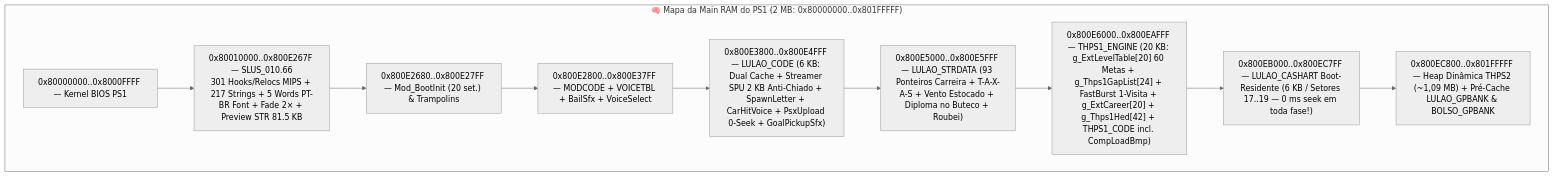
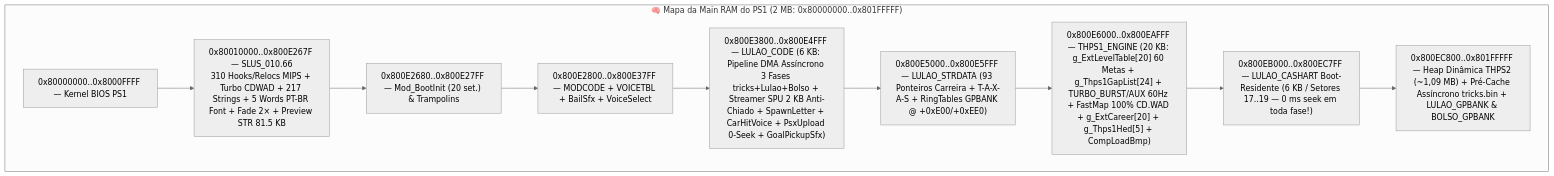
Before and after one commit to WagnerxOliveira/Tony_Hawk-s_Pro_Skater_2_Mod_PSX: the eighth of 8 diagrams in HISTORIA_DO_PROJETO_THPS2_MOD.md, drawn with Mermaid (neutral theme). The commit also changed other lines of this file and 11 other files, not shown here.

Commit message:
feat(perf): aceleracao de transicoes PlaySel->LevelSel (-1.55s) e LevelSel->Gameplay (-3.3s a -4.5s, 0 CdReads pos-X) via CD.WAD in-place, CDWAD_Poll 60Hz, TURBO_BURST, levelsel.pre +s2arrow8/9 e DMA assincrono tricks+Lulao+Bolso + Cap. 17

````diff
--- a/HISTORIA_DO_PROJETO_THPS2_MOD.md
+++ b/HISTORIA_DO_PROJETO_THPS2_MOD.md
@@ -587,15 +701,15 @@
 ```mermaid
 flowchart TB
     subgraph RAM["🧠 Mapa da Main RAM do PS1 (2 MB: 0x80000000..0x801FFFFF)"]
         K["0x80000000..0x8000FFFF — Kernel BIOS PS1"]
-        E["0x80010000..0x800E267F — SLUS_010.66<br/>301 Hooks/Relocs MIPS + 217 Strings + 5 Words PT-BR Font + Fade 2× + Preview STR 81.5 KB"]
+        E["0x80010000..0x800E267F — SLUS_010.66<br/>310 Hooks/Relocs MIPS + Turbo CDWAD + 217 Strings + 5 Words PT-BR Font + Fade 2× + Preview STR 81.5 KB"]
         B["0x800E2680..0x800E27FF — Mod_BootInit (20 set.) & Trampolins"]
         M["0x800E2800..0x800E37FF — MODCODE + VOICETBL + BailSfx + VoiceSelect"]
-        L["0x800E3800..0x800E4FFF — LULAO_CODE (6 KB: Dual Cache + Streamer SPU 2 KB Anti-Chiado + SpawnLetter + CarHitVoice + PsxUpload 0-Seek + GoalPickupSfx)"]
-        S["0x800E5000..0x800E5FFF — LULAO_STRDATA (93 Ponteiros Carreira + T-A-X-A-S + Vento Estocado + Diploma no Buteco + Roubei)"]
-        T["0x800E6000..0x800EAFFF — THPS1_ENGINE (20 KB: g_ExtLevelTable[20] 60 Metas + g_Thps1GapList[24] + FastBurst 1-Visita + g_ExtCareer[20] + g_Thps1Hed[42] + THPS1_CODE incl. CompLoadBmp)"]
+        L["0x800E3800..0x800E4FFF — LULAO_CODE (6 KB: Pipeline DMA Assíncrono 3 Fases tricks+Lulao+Bolso + Streamer SPU 2 KB Anti-Chiado + SpawnLetter + CarHitVoice + PsxUpload 0-Seek + GoalPickupSfx)"]
+        S["0x800E5000..0x800E5FFF — LULAO_STRDATA (93 Ponteiros Carreira + T-A-X-A-S + RingTables GPBANK @ +0xE00/+0xEE0)"]
+        T["0x800E6000..0x800EAFFF — THPS1_ENGINE (20 KB: g_ExtLevelTable[20] 60 Metas + g_Thps1GapList[24] + TURBO_BURST/AUX 60Hz + FastMap 100% CD.WAD + g_ExtCareer[20] + g_Thps1Hed[5] + CompLoadBmp)"]
         C["0x800EB000..0x800EC7FF — LULAO_CASHART Boot-Residente (6 KB / Setores 17..19 — 0 ms seek em toda fase!)"]
-        H["0x800EC800..0x801FFFFF — Heap Dinâmica THPS2 (~1,09 MB) + Pré-Cache LULAO_GPBANK & BOLSO_GPBANK"]
+        H["0x800EC800..0x801FFFFF — Heap Dinâmica THPS2 (~1,09 MB) + Pré-Cache Assíncrono tricks.bin + LULAO_GPBANK & BOLSO_GPBANK"]
     end
     K --> E --> B --> M --> L --> S --> T --> C --> H
 ```
````
